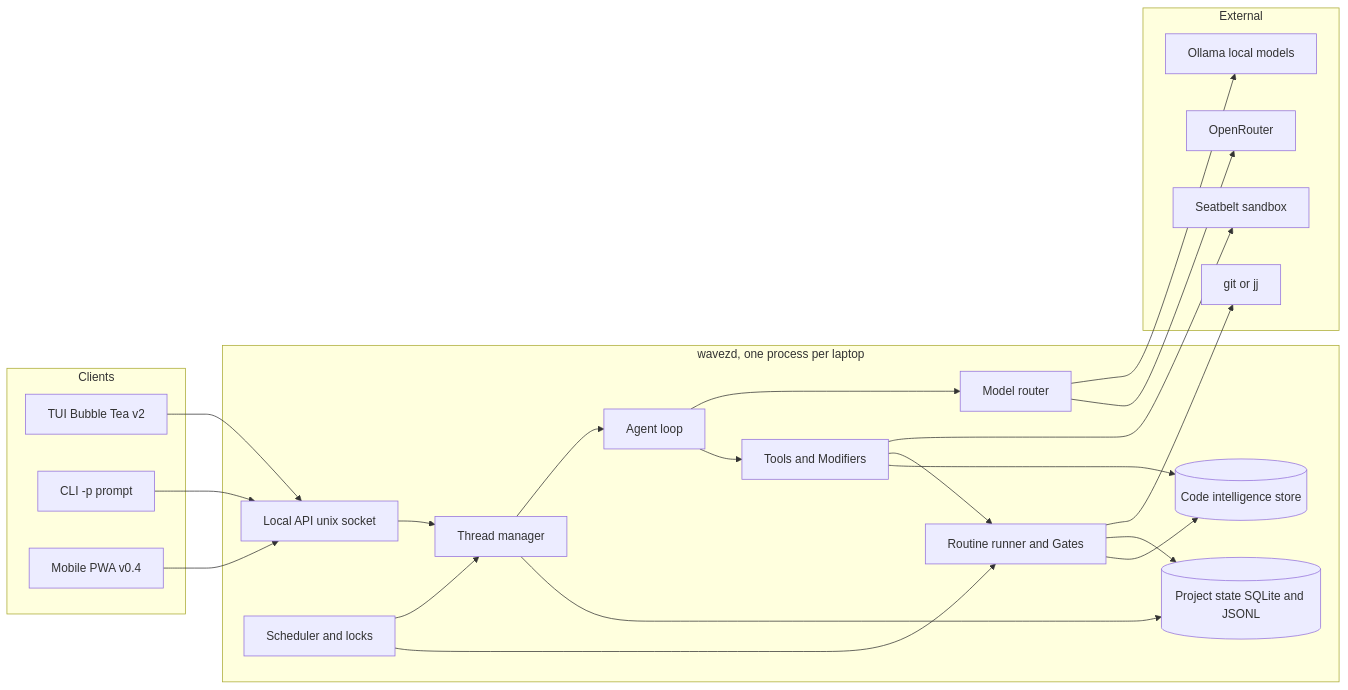
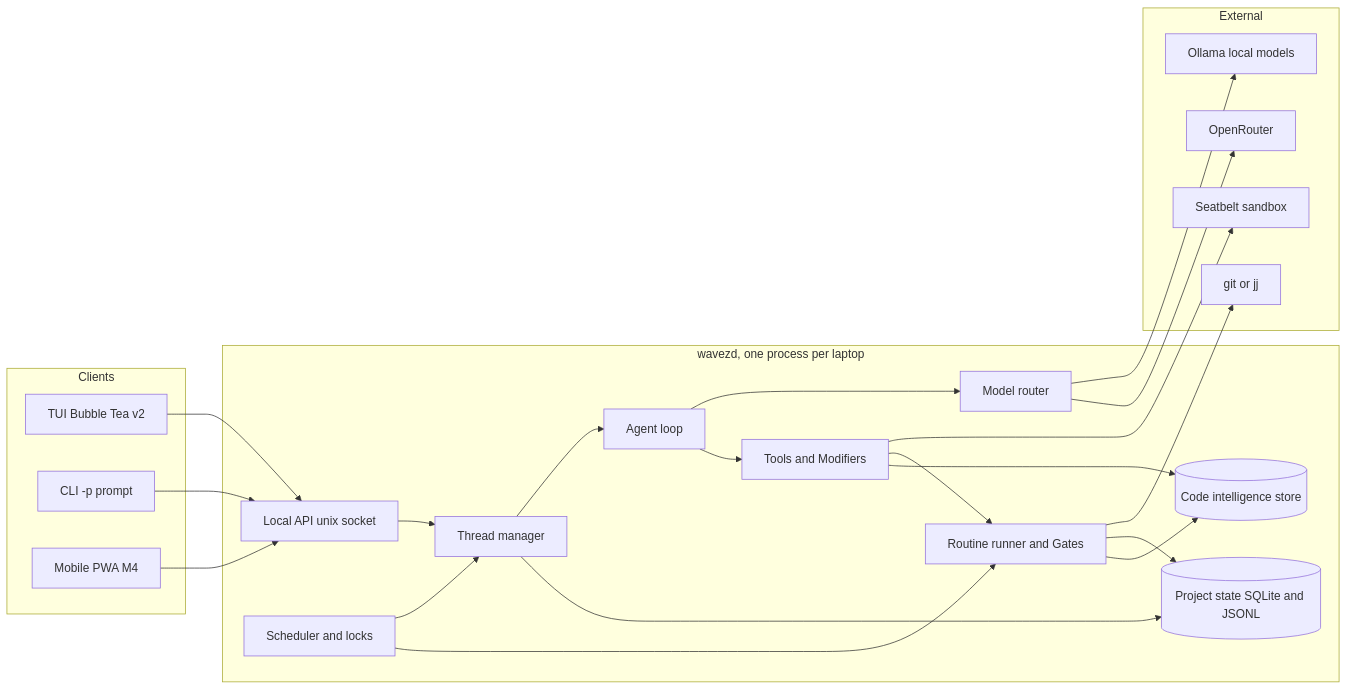
One commit to KyleKing/wavez changed the first of 2 diagrams in DESIGN.md. Above: the diagram before and after it, drawn with Mermaid. The commit also changed other lines of this file and 2 other files, not shown here.

````diff
--- a/DESIGN.md
+++ b/DESIGN.md
@@ -22,43 +22,43 @@
 ```mermaid
 flowchart LR
     subgraph clients [Clients]
         TUI[TUI Bubble Tea v2]
         CLI[CLI -p prompt]
-        PWA[Mobile PWA v0.4]
+        PWA[Mobile PWA M4]
     end
     subgraph core [wavezd, one process per laptop]
         API[Local API unix socket]
         Threads[Thread manager]
         Sched[Scheduler and locks]
         Loop[Agent loop]
         Router[Model router]
         Tools[Tools and Modifiers]
         Routines[Routine runner and Gates]
         Store[(Project state SQLite and JSONL)]
         Code[(Code intelligence store)]
     end
     subgraph external [External]
         Local[Ollama local models]
         OR[OpenRouter]
         Sandbox[Seatbelt sandbox]
         VCS[git or jj]
     end
     TUI --> API
     CLI --> API
     PWA --> API
     API --> Threads
     Threads --> Loop
     Loop --> Router
     Router --> Local
     Router --> OR
     Loop --> Tools
     Tools --> Sandbox
     Tools --> Routines
     Sched --> Threads
     Sched --> Routines
     Routines --> VCS
     Threads --> Store
     Routines --> Store
     Tools --> Code
     Routines --> Code
 ```
````
